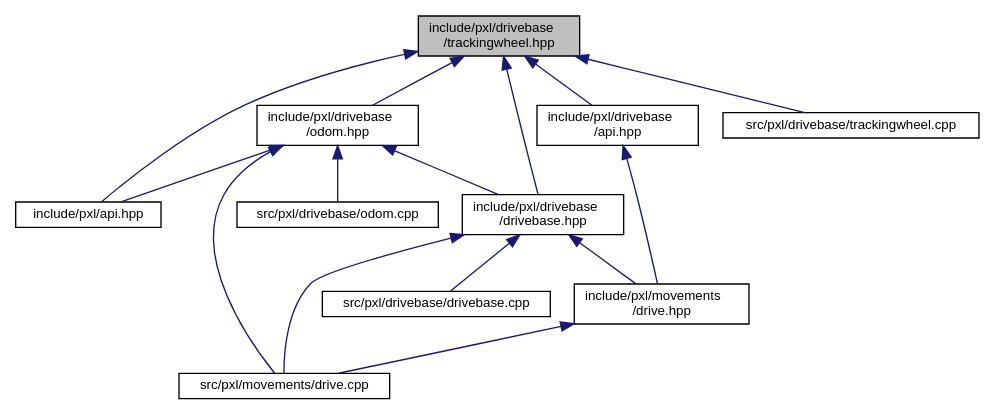
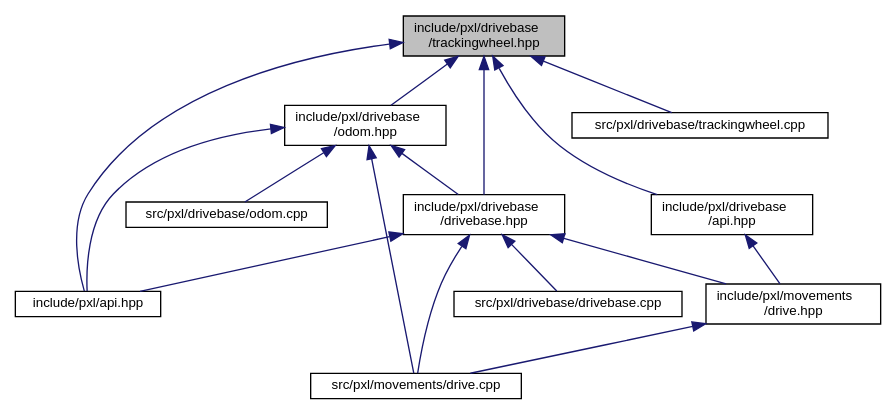
Before and after one commit to Pixel-Lib/Pixel: the diagram in trackingwheel_8hpp__dep__incl.dot, drawn with Graphviz. The commit also changed 14 other files, not shown here.

```diff
--- a/trackingwheel_8hpp__dep__incl.dot
+++ b/trackingwheel_8hpp__dep__incl.dot
@@ -1,30 +1,31 @@
 digraph "include/pxl/drivebase/trackingwheel.hpp"
 {
  // LATEX_PDF_SIZE
   edge [fontname="Helvetica",fontsize="10",labelfontname="Helvetica",labelfontsize="10"];
   node [fontname="Helvetica",fontsize="10",shape=record];
   Node1 [label="include/pxl/drivebase\l/trackingwheel.hpp",height=0.2,width=0.4,color="black", fillcolor="grey75", style="filled", fontcolor="black",tooltip=" "];
   Node1 -> Node2 [dir="back",color="midnightblue",fontsize="10",style="solid",fontname="Helvetica"];
   Node2 [label="include/pxl/api.hpp",height=0.2,width=0.4,color="black", fillcolor="white", style="filled",URL="$api_8hpp.html",tooltip=" "];
   Node1 -> Node3 [dir="back",color="midnightblue",fontsize="10",style="solid",fontname="Helvetica"];
   Node3 [label="include/pxl/drivebase\l/api.hpp",height=0.2,width=0.4,color="black", fillcolor="white", style="filled",URL="$drivebase_2api_8hpp.html",tooltip=" "];
   Node3 -> Node4 [dir="back",color="midnightblue",fontsize="10",style="solid",fontname="Helvetica"];
   Node4 [label="include/pxl/movements\l/drive.hpp",height=0.2,width=0.4,color="black", fillcolor="white", style="filled",URL="$drive_8hpp.html",tooltip=" "];
   Node4 -> Node5 [dir="back",color="midnightblue",fontsize="10",style="solid",fontname="Helvetica"];
   Node5 [label="src/pxl/movements/drive.cpp",height=0.2,width=0.4,color="black", fillcolor="white", style="filled",URL="$drive_8cpp.html",tooltip=" "];
   Node1 -> Node6 [dir="back",color="midnightblue",fontsize="10",style="solid",fontname="Helvetica"];
   Node6 [label="include/pxl/drivebase\l/drivebase.hpp",height=0.2,width=0.4,color="black", fillcolor="white", style="filled",URL="$drivebase_8hpp.html",tooltip=" "];
+  Node6 -> Node2 [dir="back",color="midnightblue",fontsize="10",style="solid",fontname="Helvetica"];
   Node6 -> Node4 [dir="back",color="midnightblue",fontsize="10",style="solid",fontname="Helvetica"];
   Node6 -> Node7 [dir="back",color="midnightblue",fontsize="10",style="solid",fontname="Helvetica"];
   Node7 [label="src/pxl/drivebase/drivebase.cpp",height=0.2,width=0.4,color="black", fillcolor="white", style="filled",URL="$drivebase_8cpp.html",tooltip=" "];
   Node6 -> Node5 [dir="back",color="midnightblue",fontsize="10",style="solid",fontname="Helvetica"];
   Node1 -> Node8 [dir="back",color="midnightblue",fontsize="10",style="solid",fontname="Helvetica"];
   Node8 [label="include/pxl/drivebase\l/odom.hpp",height=0.2,width=0.4,color="black", fillcolor="white", style="filled",URL="$odom_8hpp.html",tooltip=" "];
   Node8 -> Node2 [dir="back",color="midnightblue",fontsize="10",style="solid",fontname="Helvetica"];
   Node8 -> Node6 [dir="back",color="midnightblue",fontsize="10",style="solid",fontname="Helvetica"];
   Node8 -> Node9 [dir="back",color="midnightblue",fontsize="10",style="solid",fontname="Helvetica"];
   Node9 [label="src/pxl/drivebase/odom.cpp",height=0.2,width=0.4,color="black", fillcolor="white", style="filled",URL="$odom_8cpp.html",tooltip=" "];
   Node8 -> Node5 [dir="back",color="midnightblue",fontsize="10",style="solid",fontname="Helvetica"];
   Node1 -> Node10 [dir="back",color="midnightblue",fontsize="10",style="solid",fontname="Helvetica"];
   Node10 [label="src/pxl/drivebase/trackingwheel.cpp",height=0.2,width=0.4,color="black", fillcolor="white", style="filled",URL="$trackingwheel_8cpp.html",tooltip=" "];
 }
```
